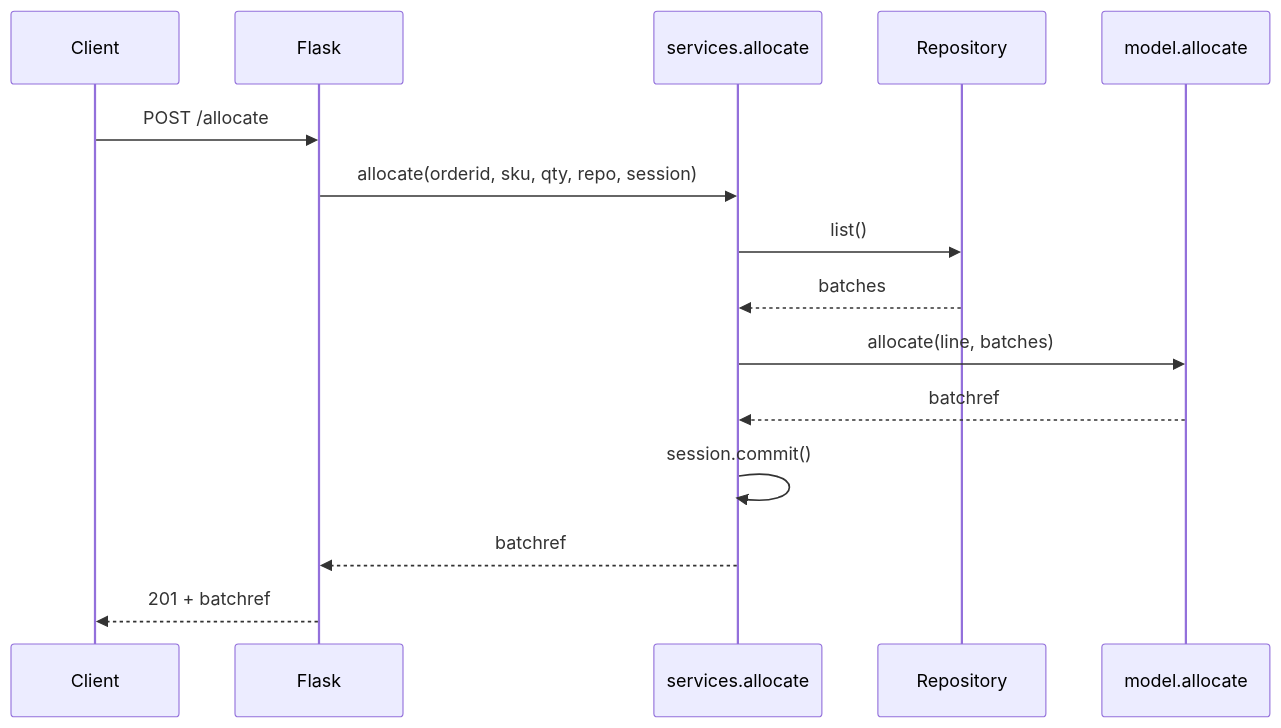
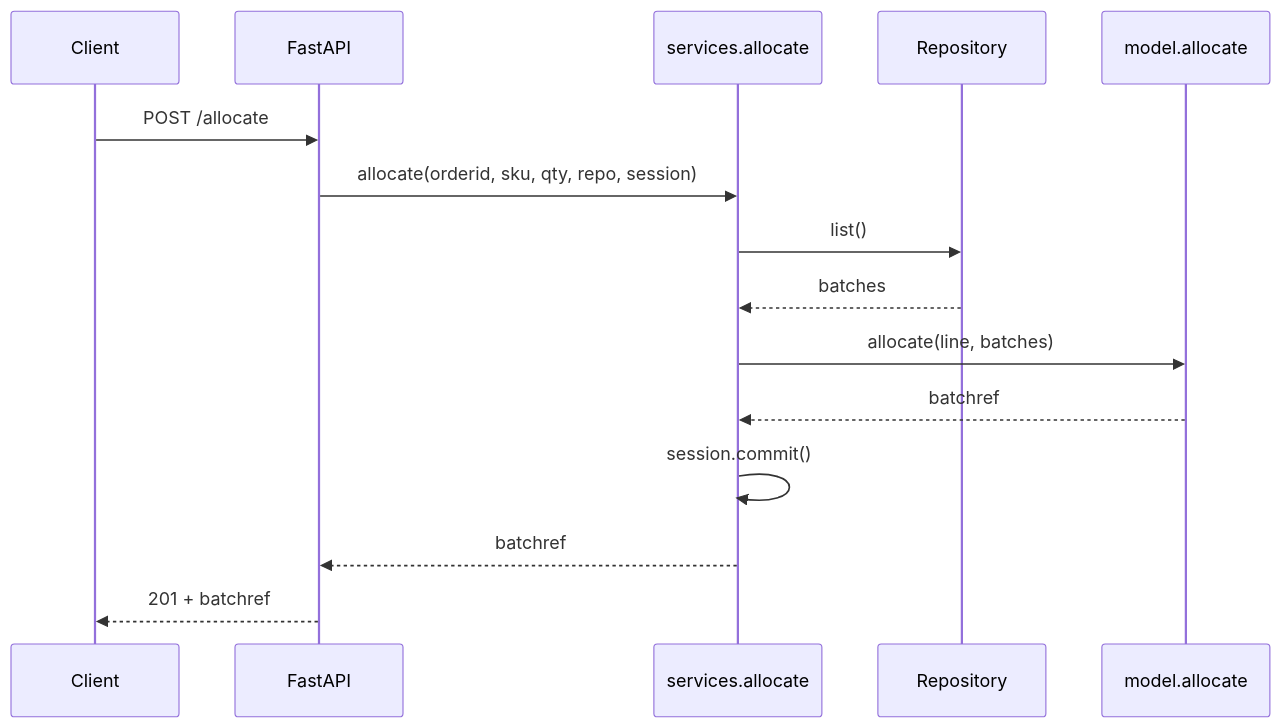
The second of 2 diagrams in study-guide/ch04-service-layer.md (Thommans-Playground/playground-cosmic-python), drawn with Mermaid before and after one commit. The commit also changed other lines of this file and 17 other files, not shown here.

First line of the commit message:
Refactor allocation service to use FastAPI and implement dependency injection

````diff
--- a/study-guide/ch04-service-layer.md
+++ b/study-guide/ch04-service-layer.md
@@ -25,17 +25,17 @@
 ```mermaid
 sequenceDiagram
     participant C as Client
-    participant F as Flask
+    participant F as FastAPI
     participant S as services.allocate
     participant R as Repository
     participant M as model.allocate
     C->>F: POST /allocate
     F->>S: allocate(orderid, sku, qty, repo, session)
     S->>R: list()
     R-->>S: batches
     S->>M: allocate(line, batches)
     M-->>S: batchref
     S->>S: session.commit()
     S-->>F: batchref
     F-->>C: 201 + batchref
 ```
````
